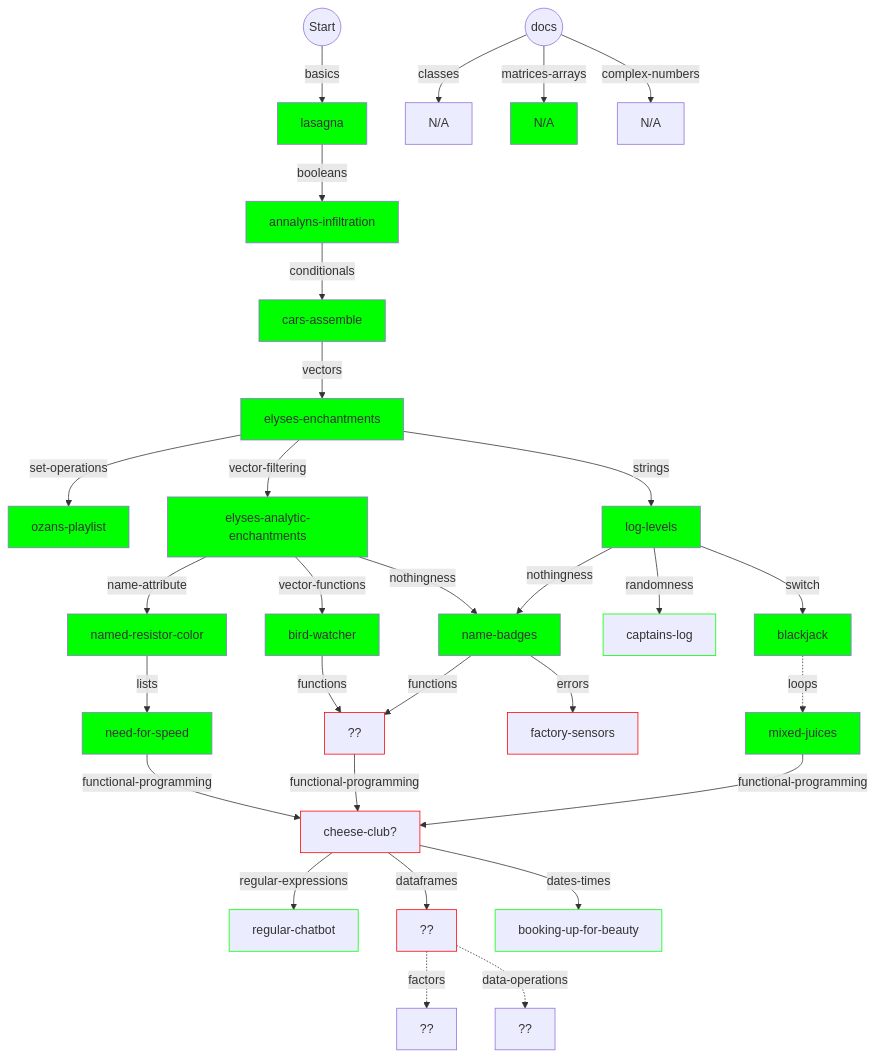
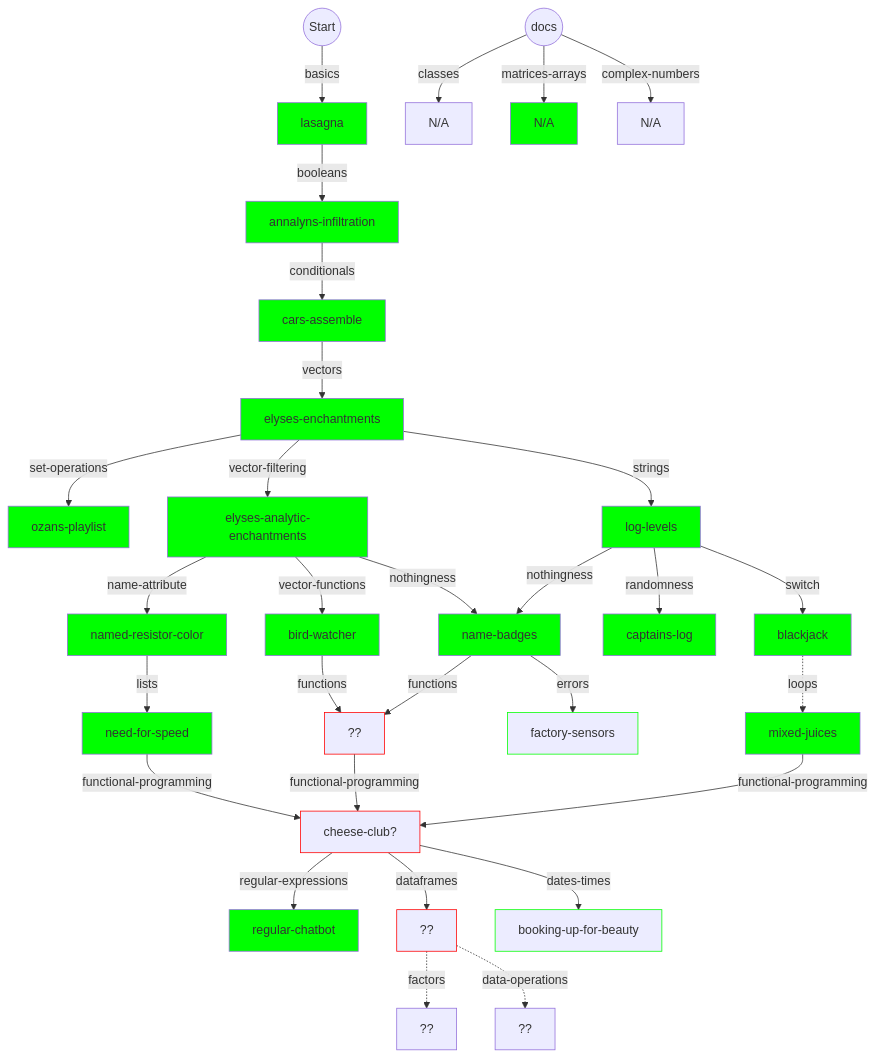
Before and after one commit to colinleach/learning-track-doodles: the first of 2 diagrams in r/flowchart.md, drawn with Mermaid.

Commit message:
flowchart updates

````diff
--- a/r/flowchart.md
+++ b/r/flowchart.md
@@ -10,79 +10,79 @@
 ```mermaid
 graph TD
     
 start(("Start")) --basics--> basics["lasagna"]
 style basics fill:#0f0
 
 basics --booleans--> booleans["annalyns-infiltration"]
 style booleans fill:#0f0
 
 booleans --conditionals--> conditionals["cars-assemble"]
 style conditionals fill:#0f0
 
 conditionals --vectors--> vectors["elyses-enchantments"]
 style vectors fill:#0f0
 
 switch -.loops.-> loops["mixed-juices"]
 style loops fill:#0f0
 
 vectors --set-operations--> set-operations["ozans-playlist"]
 style set-operations fill:#0f0
 
 name-attribute --lists--> lists["need-for-speed"]
 style lists fill:#0f0
 
 vectors --vector-filtering--> vector-filtering["elyses-analytic-enchantments"]
 style vector-filtering fill:#0f0
 
 vector-filtering --name-attribute--> name-attribute["named-resistor-color"]
 style name-attribute fill:#0f0
 
 vector-filtering --vector-functions--> vector-functions["bird-watcher"]
 style vector-functions fill:#0f0
 
 vectors --strings--> strings["log-levels"]
 style strings fill:#0f0
 
 vector-filtering --nothingness--> nothingness["name-badges"]
 strings --nothingness--> nothingness["name-badges"]
 style nothingness fill:#0f0
 
 strings --randomness--> randomness["captains-log"]
-style randomness stroke:#0f0
+style randomness fill:#0f0
 
 functional-programming --regular-expressions--> regular-expressions["regular-chatbot"]
-style regular-expressions stroke:#0f0
+style regular-expressions fill:#0f0
 
 strings --switch--> switch["blackjack"]
 style switch fill:#0f0
 
 lists --functional-programming--> functional-programming["cheese-club?"]
 functions --functional-programming--> functional-programming["cheese-club?"]
 loops --functional-programming--> functional-programming["cheese-club?"]
 style functional-programming stroke:#f00
 
 functional-programming --dataframes--> dataframes["??"]
 style dataframes stroke:#f00
 
 dataframes -.factors.-> factors["??"]
 
 dataframes -.data-operations.-> data-operations["??"]
 
 functional-programming --dates-times--> dates-times["booking-up-for-beauty"]
 style dates-times stroke:#0f0
 
 vector-functions --functions--> functions["??"]
 nothingness --functions--> functions["??"]
 style functions stroke:#f00
 
 nothingness --errors--> errors["factory-sensors "]
-style errors stroke:#f00
+style errors stroke:#0f0
 
 unattached(("docs")) --classes--> classes["N/A"]
 
 unattached --matrices-arrays--> matrices-arrays["N/A"]
 style matrices-arrays fill:#0f0
 
 unattached --complex-numbers--> complex-numbers["N/A"]
 
 ```
````
